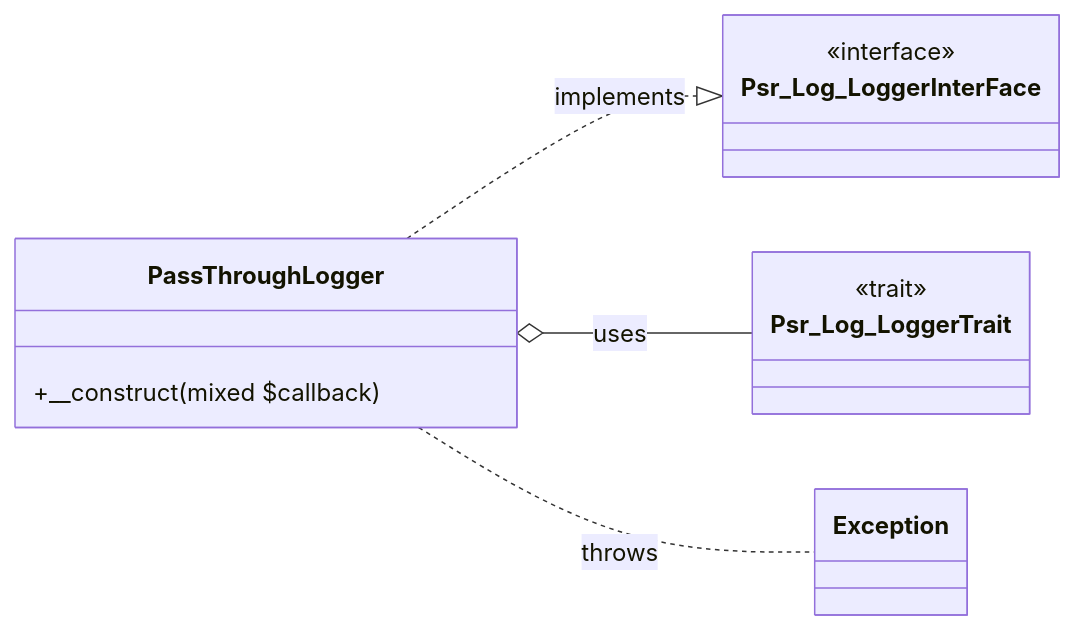
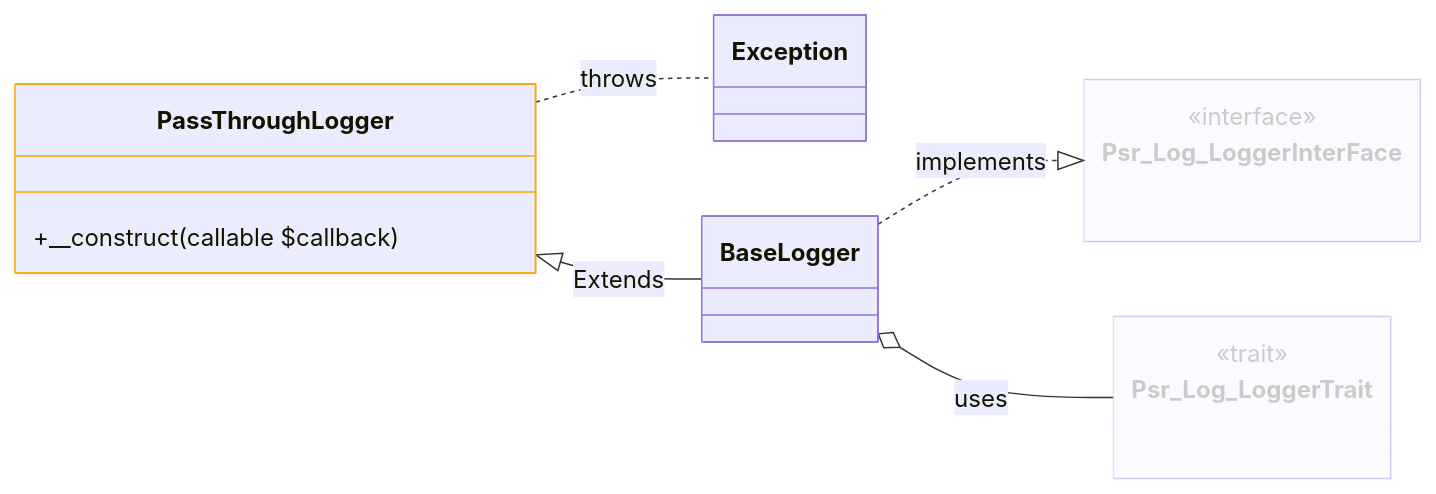
Before and after one commit to volta-framework/component-logging: the third of 4 diagrams in libraries/README.md, drawn with Mermaid. The commit also changed other lines of this file and 5 other files, not shown here.

Commit message:
UPDATE: UML and documentation

````diff
--- a/libraries/README.md
+++ b/libraries/README.md
@@ -51,14 +88,19 @@
 ```mermaid
 classDiagram
     direction LR
+    
     class Psr_Log_LoggerInterFace{ <<interface>> }
-    class PassThroughLogger {
-        +__construct(mixed $callback)
-    }
+    class PassThroughLogger { +__construct(callable $callback) }
     class Psr_Log_LoggerTrait { <<trait>> }
     class Exception
+    class BaseLogger
 
-    PassThroughLogger ..|> Psr_Log_LoggerInterFace : implements
-    PassThroughLogger o-- Psr_Log_LoggerTrait : uses
-    PassThroughLogger .. Exception : throws    
+    style Psr_Log_LoggerTrait opacity: 0.2 
+    style Psr_Log_LoggerInterFace opacity: 0.2 
+    style PassThroughLogger stroke:#FFa500
+    
+    BaseLogger ..|> Psr_Log_LoggerInterFace : implements
+    BaseLogger o-- Psr_Log_LoggerTrait : uses
+    PassThroughLogger .. Exception : throws
+    PassThroughLogger <|--  BaseLogger : Extends
 ```
````
